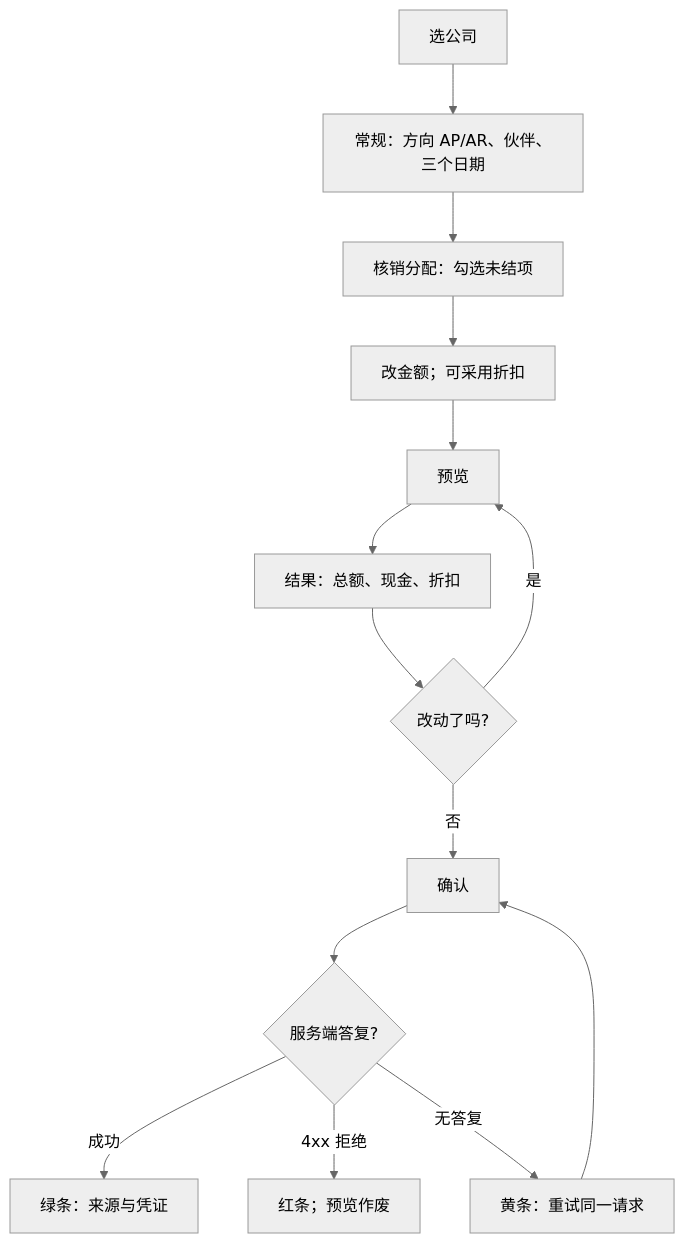
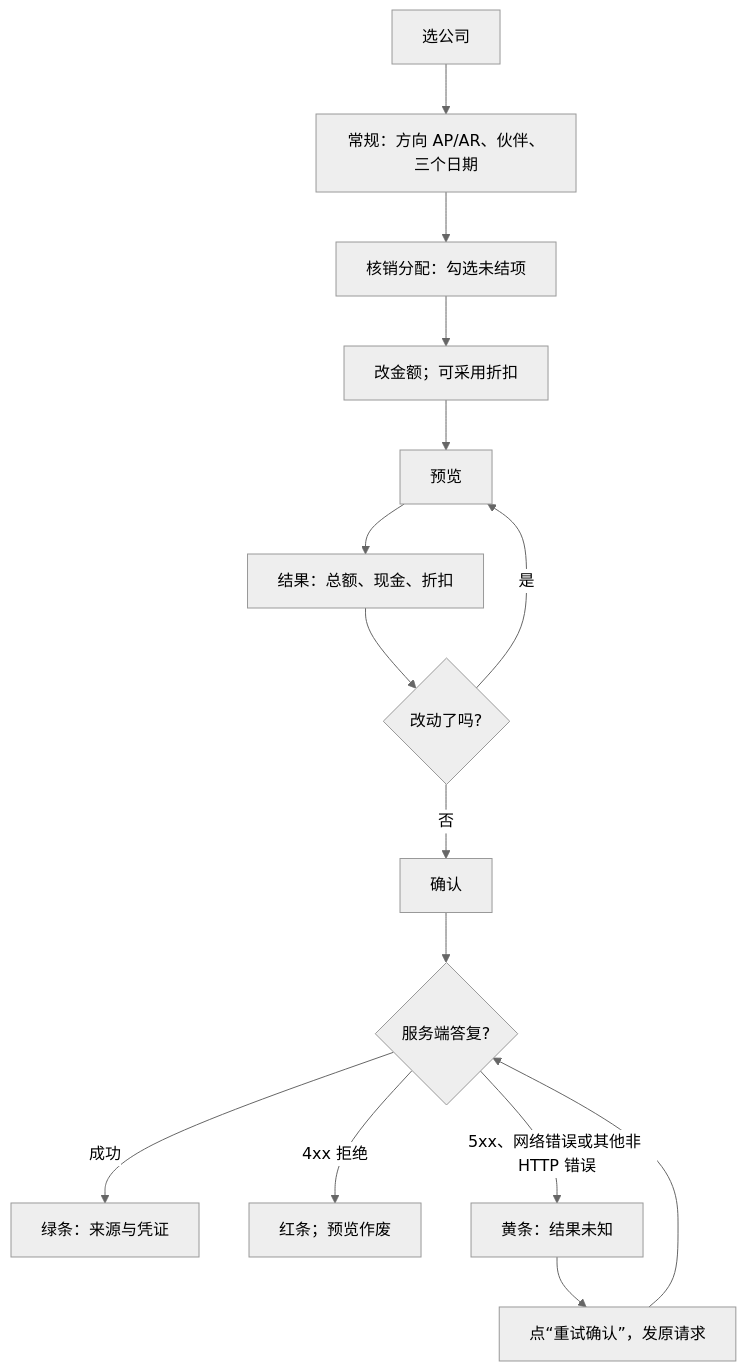
One commit to lingshf/ai-native-erp changed the first of 5 diagrams in docs/flows/settlement-flow.md. Above: the diagram before and after it, drawn with Mermaid (neutral theme). The commit also changed other lines of this file and 2 other files, not shown here.

Commit message:
docs(KDOC-06): align settlement flow with v0.21.0 tag; mark AI usage cell partial

````diff
--- a/docs/flows/settlement-flow.md
+++ b/docs/flows/settlement-flow.md
@@ -7,16 +7,17 @@
 ```mermaid
 flowchart TD
   A["选公司"] --> B["常规：方向 AP/AR、伙伴、三个日期"]
   B --> C["核销分配：勾选未结项"]
   C --> D["改金额；可采用折扣"]
   D --> E["预览"]
   E --> F["结果：总额、现金、折扣"]
   F --> G{"改动了吗?"}
   G -- 是 --> E
   G -- 否 --> H["确认"]
   H --> I{"服务端答复?"}
   I -- 成功 --> J["绿条：来源与凭证"]
   I -- 4xx 拒绝 --> K["红条；预览作废"]
-  I -- 无答复 --> L["黄条：重试同一请求"]
-  L --> H
+  I -- "5xx、网络错误或其他非 HTTP 错误" --> L["黄条：结果未知"]
+  L --> M["点“重试确认”，发原请求"]
+  M --> I
 ```
````
